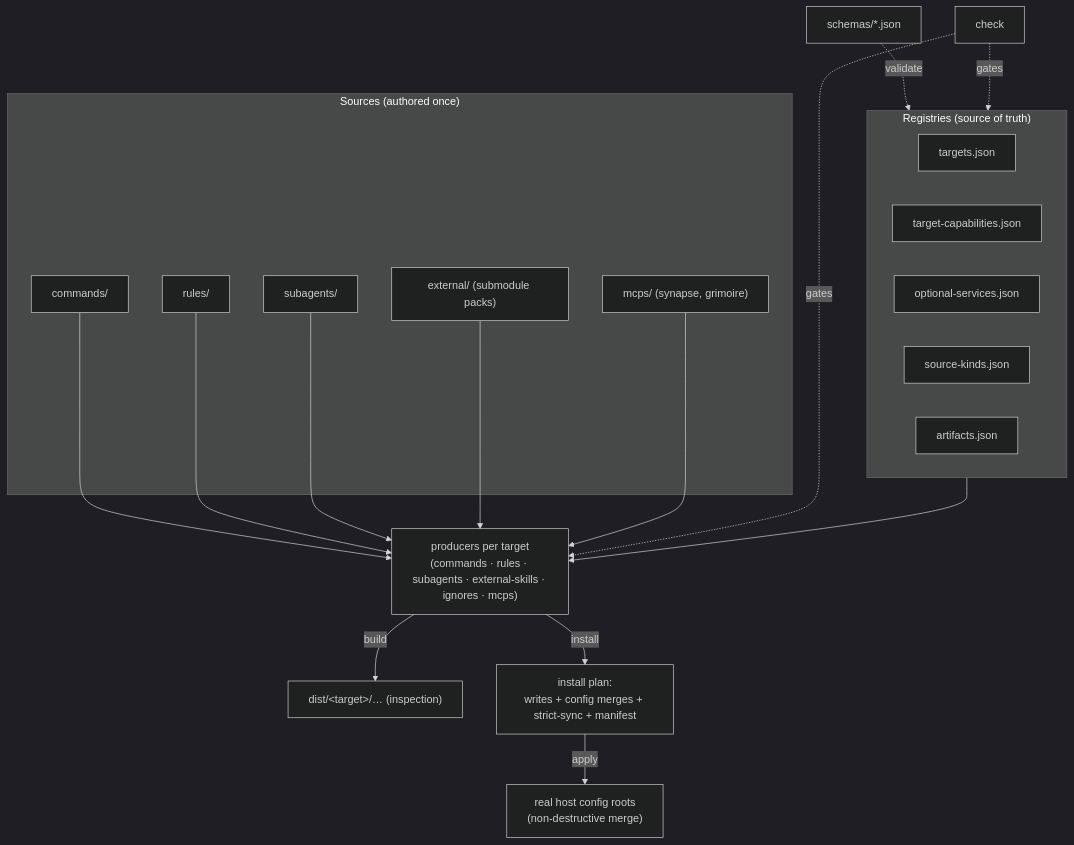
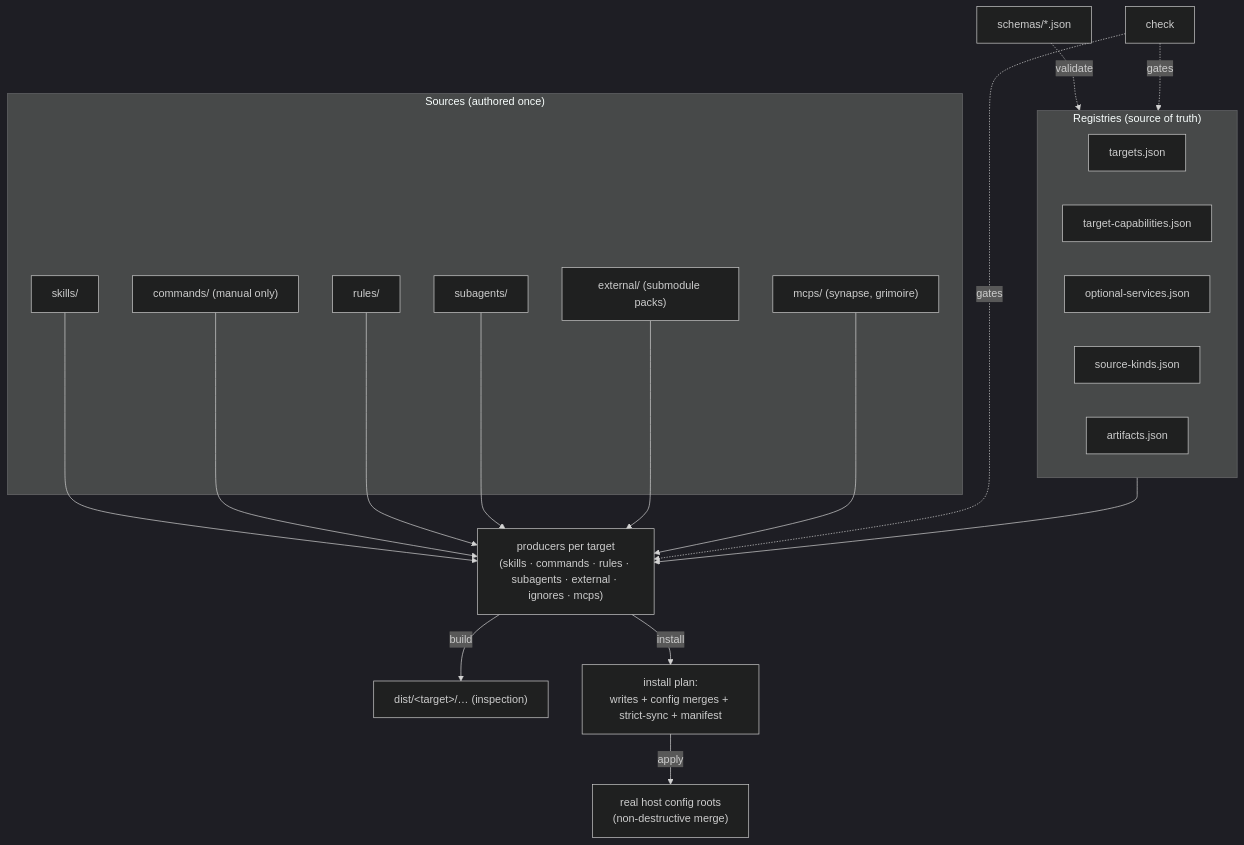
The diagram in docs/architecture.md (Lyther/Coding-Agent-Prompts), drawn with Mermaid (dark theme) before and after one commit. The commit also changed other lines of this file and 171 other files, not shown here.

````diff
--- a/docs/architecture.md
+++ b/docs/architecture.md
@@ -18,17 +18,17 @@
 ```mermaid
 flowchart TB
     subgraph src["Sources (authored once)"]
-        C[commands/]; R[rules/]; S[subagents/]; X["external/ (submodule packs)"]; M["mcps/ (synapse, grimoire)"]
+        K[skills/]; C["commands/ (manual only)"]; R[rules/]; S[subagents/]; X["external/ (submodule packs)"]; M["mcps/ (synapse, grimoire)"]
     end
     subgraph reg["Registries (source of truth)"]
         T[targets.json]; TC[target-capabilities.json]; OS[optional-services.json]; SK[source-kinds.json]; A[artifacts.json]
     end
-    P["producers per target\n(commands · rules · subagents · external-skills · ignores · mcps)"]
-    C & R & S & X & M --> P
+    P["producers per target\n(skills · commands · rules · subagents · external · ignores · mcps)"]
+    K & C & R & S & X & M --> P
     reg --> P
     P -->|build| DIST["dist/&lt;target&gt;/… (inspection)"]
     P -->|install| PLAN["install plan:\nwrites + config merges + strict-sync + manifest"]
     PLAN -->|apply| HOST["real host config roots\n(non-destructive merge)"]
     SCHEMAS[schemas/*.json] -.validate.-> reg
     CHECK[check] -.gates.-> reg & P
 ```
````
